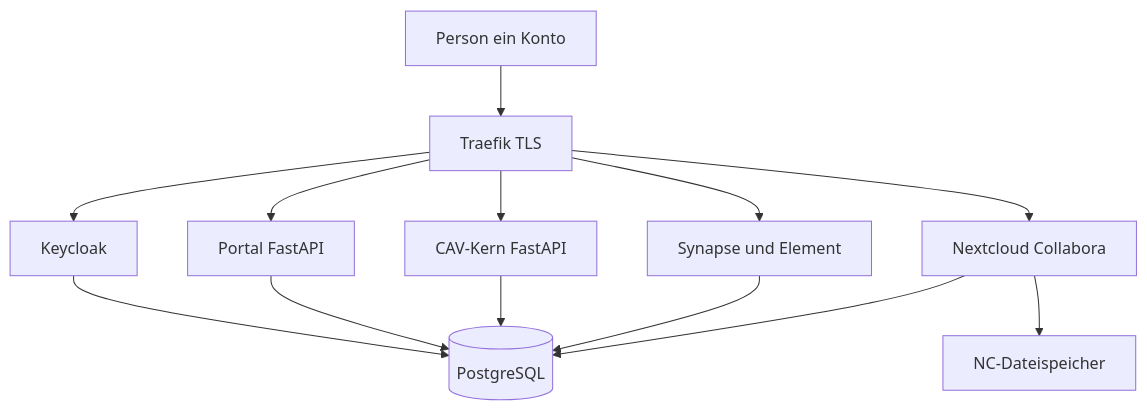
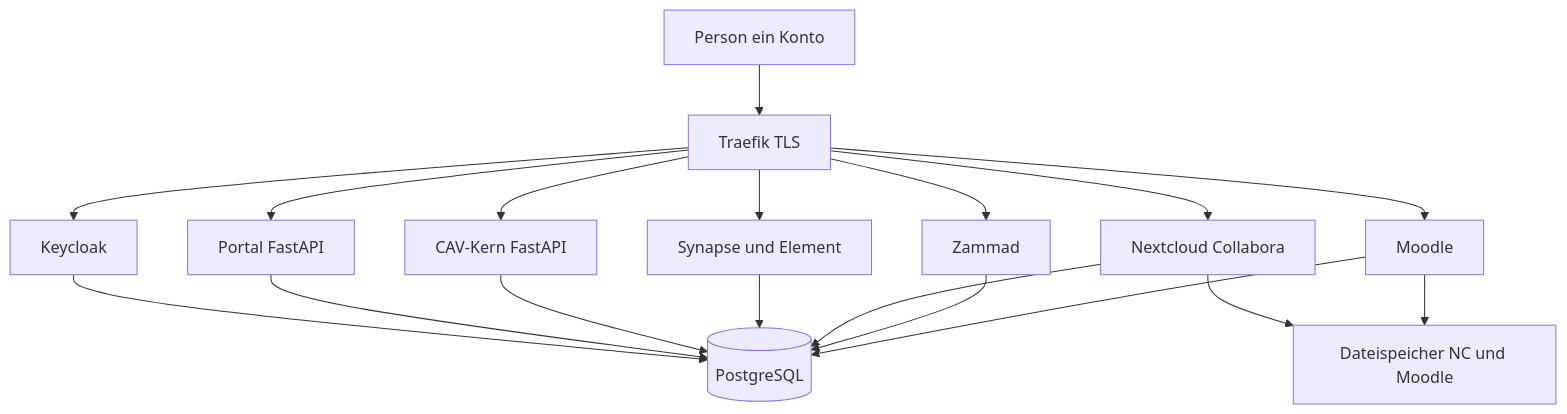
One commit to bonzei123/aeneas_planung changed the diagram in docs/architektur.md. Above: the diagram before and after it, drawn with Mermaid. The commit also changed other lines of this file and 7 other files, not shown here.

Commit message:
Stellt Tickets auf Zammad und Schulungen auf Moodle um; selbst bleiben nur Portal und CAV-Kern.

````diff
--- a/docs/architektur.md
+++ b/docs/architektur.md
@@ -5,25 +5,32 @@
 ```mermaid
 flowchart TB
   person[Person ein Konto]
   proxy[Traefik TLS]
   kc[Keycloak]
   portal[Portal FastAPI]
   cav[CAV-Kern FastAPI]
   mx[Synapse und Element]
   nc[Nextcloud Collabora]
+  za[Zammad]
+  mo[Moodle]
   pg[(PostgreSQL)]
-  files[NC-Dateispeicher]
+  files[Dateispeicher NC und Moodle]
 
   person --> proxy
   proxy --> kc
   proxy --> portal
   proxy --> cav
   proxy --> mx
   proxy --> nc
+  proxy --> za
+  proxy --> mo
   kc --> pg
   portal --> pg
   cav --> pg
   mx --> pg
   nc --> pg
+  za --> pg
+  mo --> pg
   nc --> files
+  mo --> files
 ```
````
